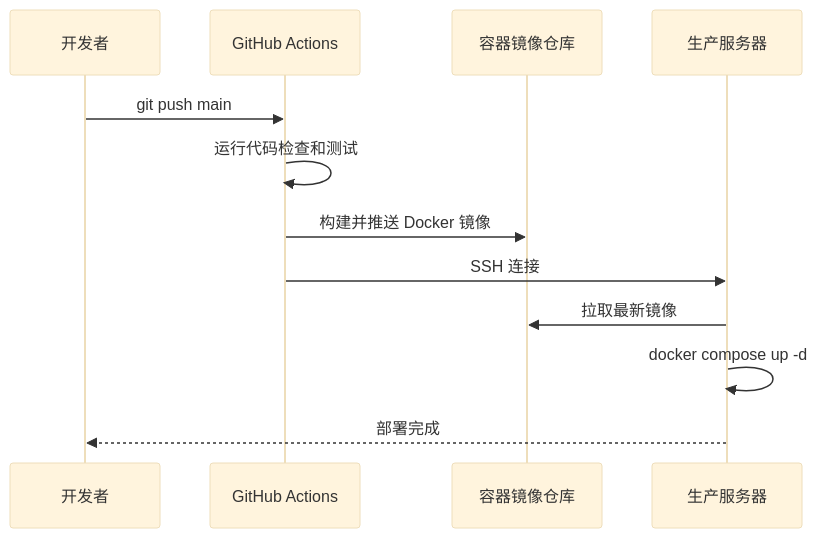
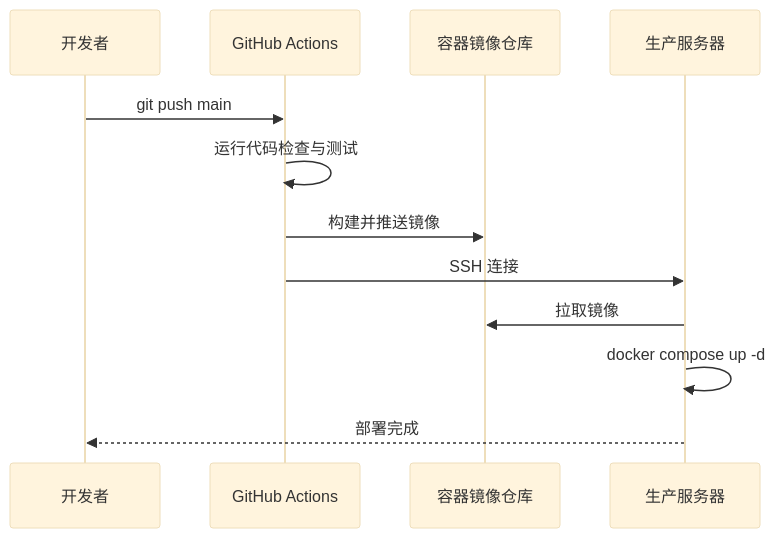
One commit to KahanaT800/GoodsHunter changed the second of 2 diagrams in README.md. Above: the diagram before and after it, drawn with Mermaid (base theme). The commit also changed other lines of this file and 27 other files, not shown here.

````diff
--- a/README.md
+++ b/README.md
@@ -248,15 +280,14 @@
 ```mermaid
 sequenceDiagram
     participant Dev as 开发者
     participant GH as GitHub Actions
     participant GHCR as 容器镜像仓库
     participant EC2 as 生产服务器
-    
     Dev->>GH: git push main
-    GH->>GH: 运行代码检查和测试
-    GH->>GHCR: 构建并推送 Docker 镜像
+    GH->>GH: 运行代码检查与测试
+    GH->>GHCR: 构建并推送镜像
     GH->>EC2: SSH 连接
-    EC2->>GHCR: 拉取最新镜像
+    EC2->>GHCR: 拉取镜像
     EC2->>EC2: docker compose up -d
     EC2-->>Dev: 部署完成
 ```
````
